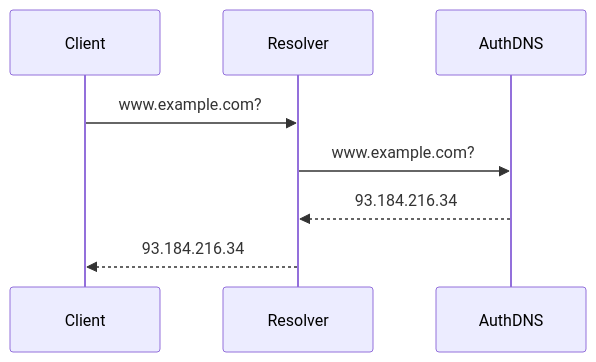
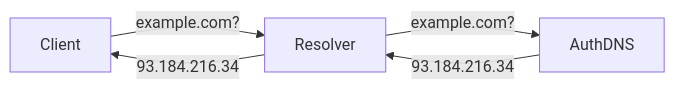
The second of 4 diagrams in _posts/network/2026-05-01-dns.md (yjkim2015/yjkim2015.github.io), drawn with Mermaid before and after one commit. The commit also changed 84 other files, not shown here.

First line of the commit message:
85개 포스트 Mermaid 다이어그램 규칙 일괄 수정

````diff
--- a/_posts/network/2026-05-01-dns.md
+++ b/_posts/network/2026-05-01-dns.md
@@ -48,10 +48,7 @@
 ```mermaid
-sequenceDiagram
-    participant C as Client
-    participant LR as Resolver
-    participant Auth as AuthDNS
-    C->>LR: www.example.com?
-    LR->>Auth: www.example.com?
-    Auth-->>LR: 93.184.216.34
-    LR-->>C: 93.184.216.34
+graph LR
+    C["Client"] -->|"example.com?"| LR["Resolver"]
+    LR -->|"example.com?"| AUTH["AuthDNS"]
+    AUTH -->|"93.184.216.34"| LR
+    LR -->|"93.184.216.34"| C
 ```
````
